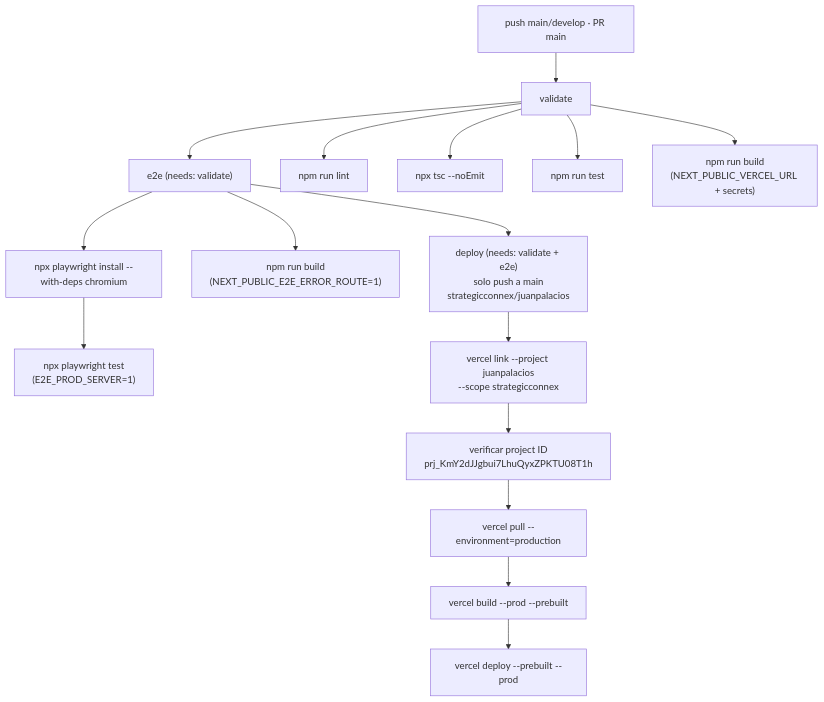
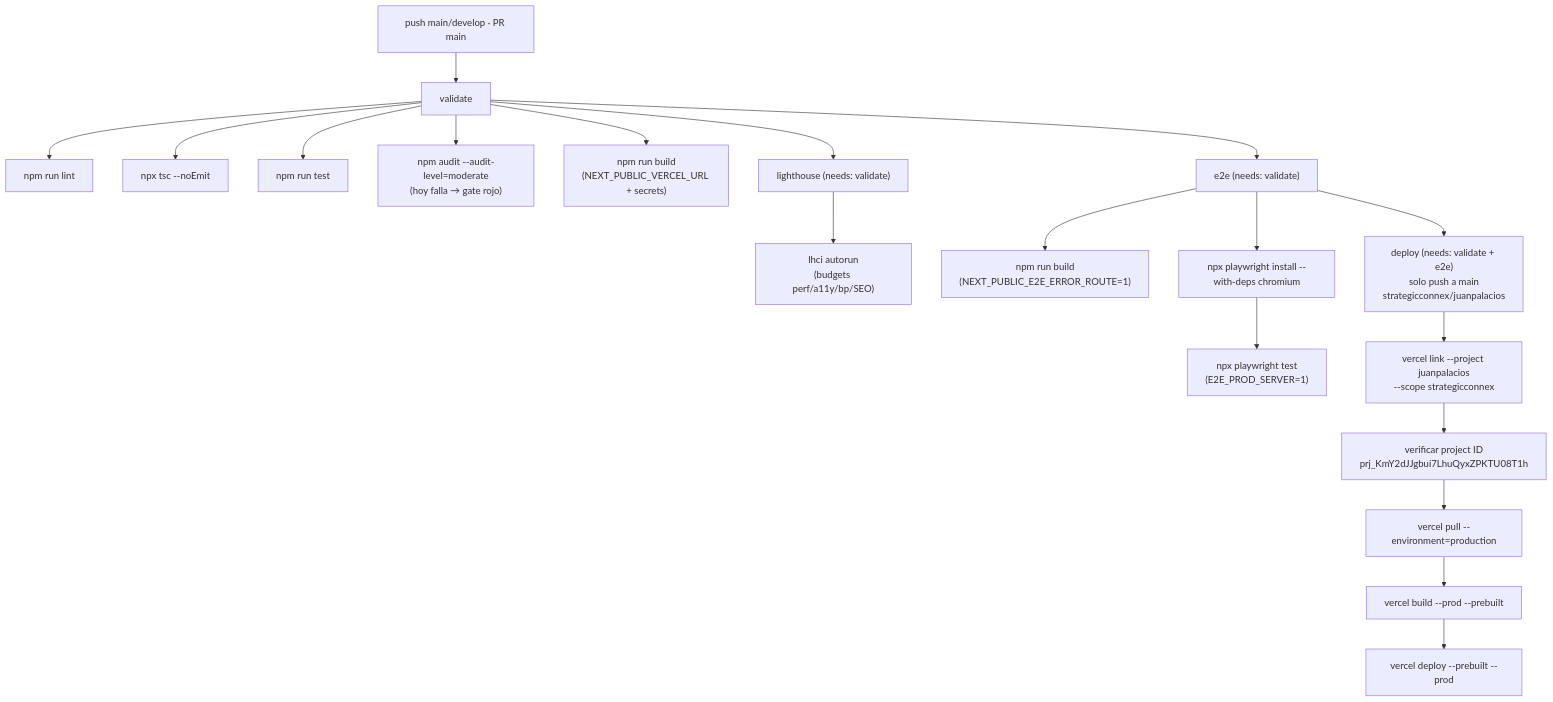
The fifth of 5 diagrams in README.md (StrategicConnex/Portfolio-app), drawn with Mermaid before and after one commit. The commit also changed other lines of this file and 10 other files, not shown here.

````diff
--- a/README.md
+++ b/README.md
@@ -546,35 +589,41 @@
 ```mermaid
 flowchart TD
     Trigger["push main/develop · PR main"]
     Validate["validate"]
+    LH["lighthouse (needs: validate)"]
     E2E["e2e (needs: validate)"]
     Deploy["deploy (needs: validate + e2e)<br/>solo push a main<br/>strategicconnex/juanpalacios"]
     Lint["npm run lint"]
     TC["npx tsc --noEmit"]
     Test["npm run test"]
+    Audit["npm audit --audit-level=moderate<br/>(hoy falla → gate rojo)"]
     Build["npm run build<br/>(NEXT_PUBLIC_VERCEL_URL + secrets)"]
+    LHCli["lhci autorun<br/>(budgets perf/a11y/bp/SEO)"]
     EBuild["npm run build<br/>(NEXT_PUBLIC_E2E_ERROR_ROUTE=1)"]
     Install["npx playwright install --with-deps chromium"]
     PW["npx playwright test<br/>(E2E_PROD_SERVER=1)"]
     VLink["vercel link --project juanpalacios<br/>--scope strategicconnex"]
     VCheck["verificar project ID<br/>prj_KmY2dJJgbui7LhuQyxZPKTU08T1h"]
     VPull["vercel pull --environment=production"]
     VBuild["vercel build --prod --prebuilt"]
     VDeploy["vercel deploy --prebuilt --prod"]
 
     Trigger --> Validate
     Validate --> Lint
     Validate --> TC
     Validate --> Test
+    Validate --> Audit
     Validate --> Build
+    Validate --> LH
     Validate --> E2E
+    LH --> LHCli
     E2E --> EBuild
     E2E --> Install
     Install --> PW
     E2E --> Deploy
     Deploy --> VLink
     VLink --> VCheck
     VCheck --> VPull
     VPull --> VBuild
     VBuild --> VDeploy
 ```
````
